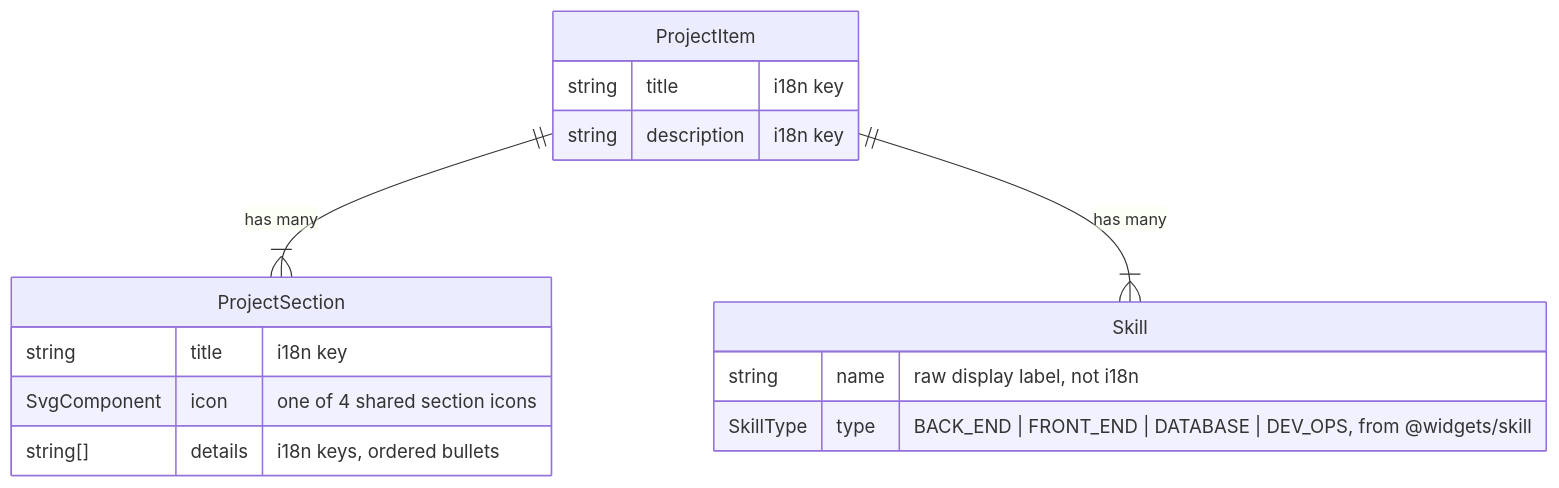
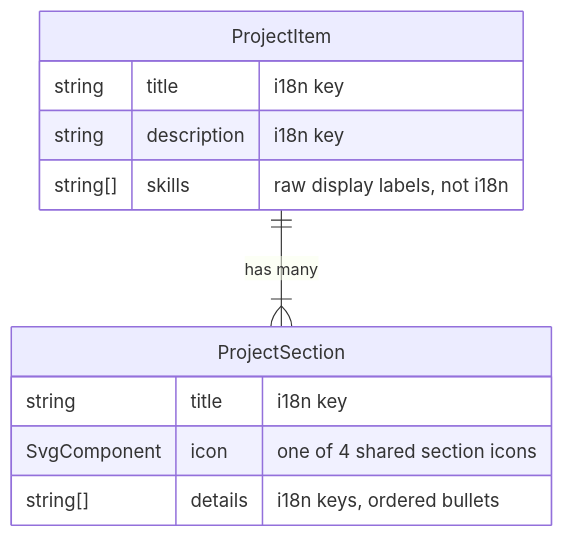
The diagram in src/features/projects/PROJECTS.md (Khavoleh/portfolio), drawn with Mermaid before and after one commit. The commit also changed other lines of this file and 14 other files, not shown here.

````diff
--- a/src/features/projects/PROJECTS.md
+++ b/src/features/projects/PROJECTS.md
@@ -9,19 +9,15 @@
 ```mermaid
 erDiagram
     ProjectItem ||--|{ ProjectSection : "has many"
-    ProjectItem ||--|{ Skill : "has many"
 
     ProjectItem {
       string title "i18n key"
       string description "i18n key"
+      string[] skills "raw display labels, not i18n"
     }
     ProjectSection {
       string title "i18n key"
       SvgComponent icon "one of 4 shared section icons"
       string[] details "i18n keys, ordered bullets"
     }
-    Skill {
-      string name "raw display label, not i18n"
-      SkillType type "BACK_END | FRONT_END | DATABASE | DEV_OPS, from @widgets/skill"
-    }
 ```
````
